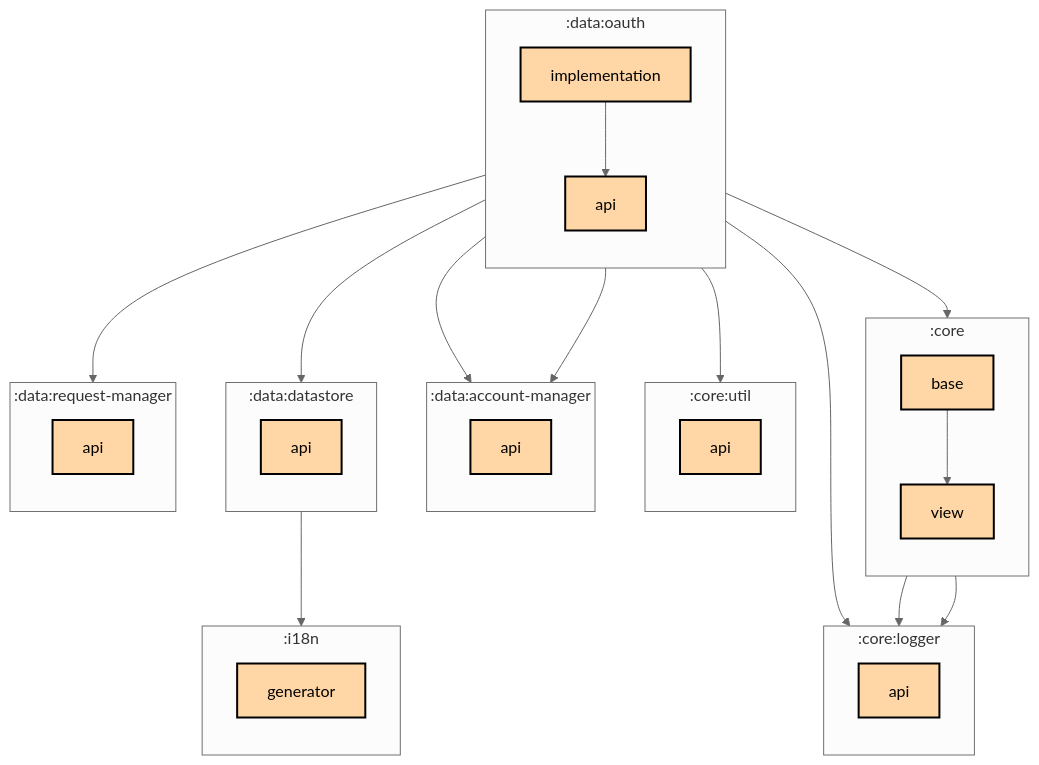
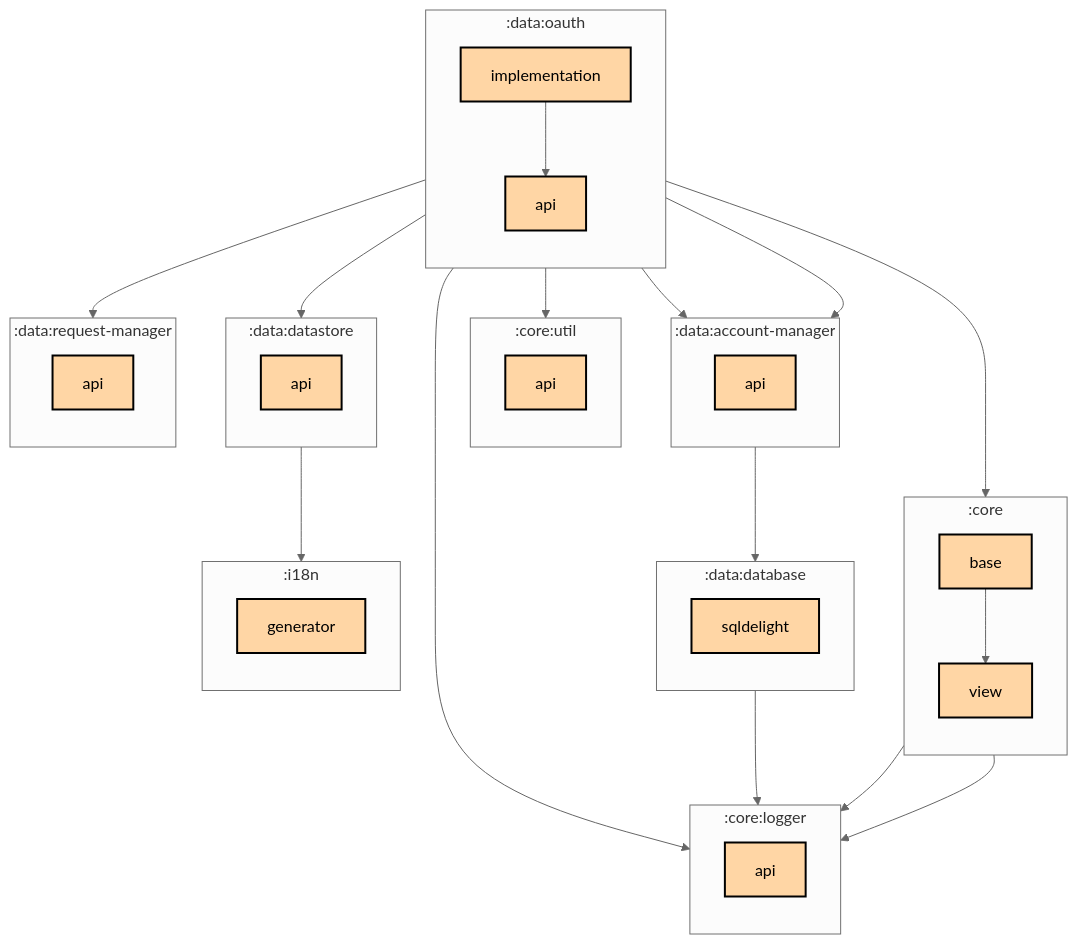
Before and after one commit to thomaskioko/tv-maniac: the first of 2 diagrams in data/oauth/implementation/README.md, drawn with Mermaid (neutral theme). The commit also changed 105 other files, not shown here.

Commit message:
🤖 Update module graphs

````diff
--- a/data/oauth/implementation/README.md
+++ b/data/oauth/implementation/README.md
@@ -6,56 +6,62 @@
 ```mermaid
 graph TB
   subgraph :core
     direction TB
     :core:base[base]:::multiplatform
     :core:view[view]:::multiplatform
   end
   subgraph :core:logger
     direction TB
     :core:logger:api[api]:::multiplatform
   end
   subgraph :core:util
     direction TB
     :core:util:api[api]:::multiplatform
   end
   subgraph :data:account-manager
     direction TB
     :data:account-manager:api[api]:::multiplatform
+  end
+  subgraph :data:database
+    direction TB
+    :data:database:sqldelight[sqldelight]:::multiplatform
   end
   subgraph :data:datastore
     direction TB
     :data:datastore:api[api]:::multiplatform
   end
   subgraph :data:oauth
     direction TB
     :data:oauth:api[api]:::multiplatform
     :data:oauth:implementation[implementation]:::multiplatform
   end
   subgraph :data:request-manager
     direction TB
     :data:request-manager:api[api]:::multiplatform
   end
   subgraph :i18n
     direction TB
     :i18n:generator[generator]:::multiplatform
   end
 
   :core:base --> :core:logger:api
   :core:base --> :core:view
   :core:view --> :core:logger:api
+  :data:account-manager:api --> :data:database:sqldelight
+  :data:database:sqldelight --> :core:logger:api
   :data:datastore:api --> :i18n:generator
   :data:oauth:api --> :data:account-manager:api
   :data:oauth:implementation --> :core:base
   :data:oauth:implementation --> :core:logger:api
   :data:oauth:implementation --> :core:util:api
   :data:oauth:implementation --> :data:account-manager:api
   :data:oauth:implementation --> :data:datastore:api
   :data:oauth:implementation --> :data:oauth:api
   :data:oauth:implementation --> :data:request-manager:api
 
 classDef application fill:#CAFFBF,stroke:#000,stroke-width:2px,color:#000;
 classDef multiplatform fill:#FFD6A5,stroke:#000,stroke-width:2px,color:#000;
 classDef android-library fill:#9BF6FF,stroke:#000,stroke-width:2px,color:#000;
 classDef jvm-library fill:#BDB2FF,stroke:#000,stroke-width:2px,color:#000;
 classDef unknown fill:#FFADAD,stroke:#000,stroke-width:2px,color:#000;
 ```
````
